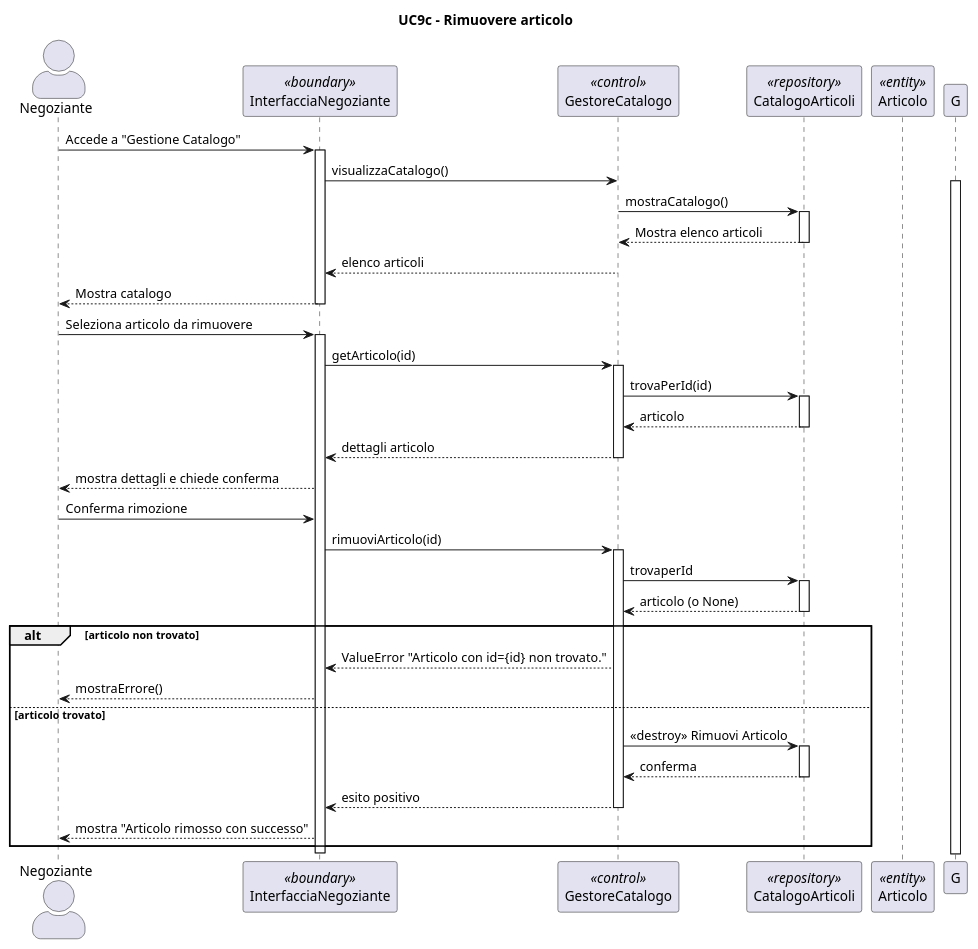
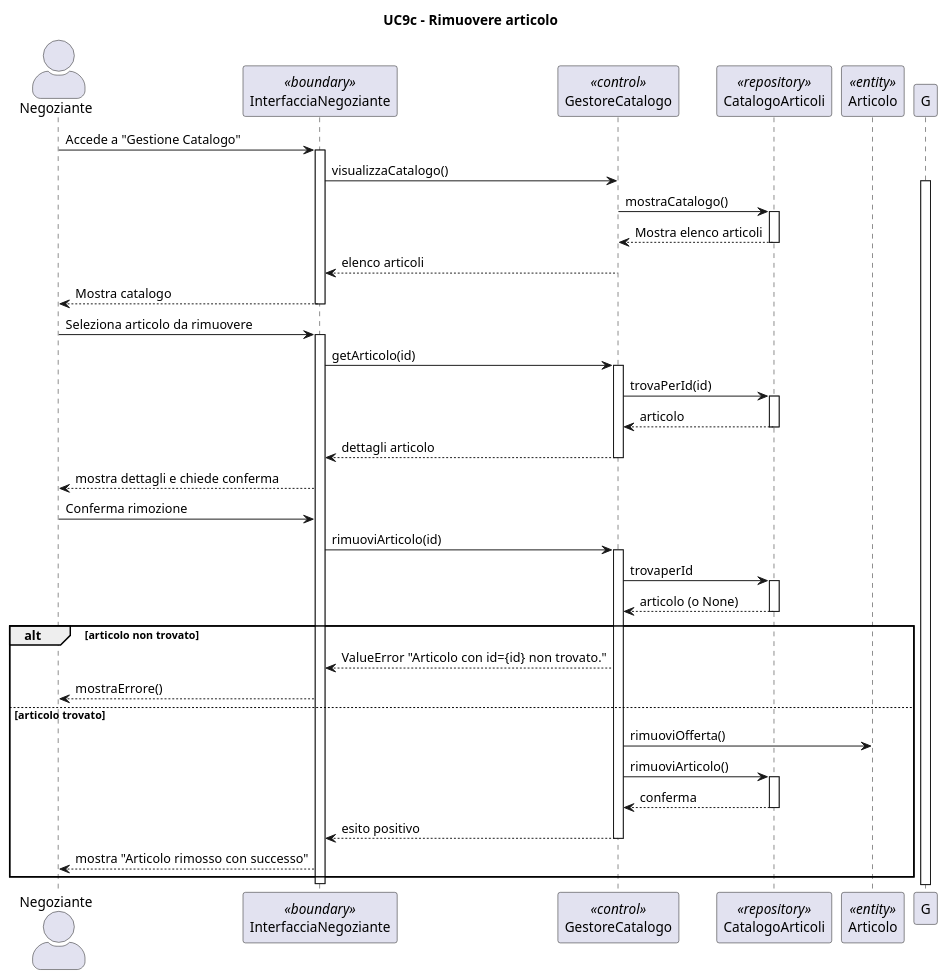
One commit to Samepsilon/FloWare changed the diagram in diagrammiUML/diagrammi di sequenza/UC9c_Rimuovere_Articolo.puml. Above: the diagram before and after it, drawn with PlantUML. The commit also changed 11 other files, not shown here.

```diff
--- a/diagrammiUML/diagrammi di sequenza/UC9c_Rimuovere_Articolo.puml
+++ b/diagrammiUML/diagrammi di sequenza/UC9c_Rimuovere_Articolo.puml
@@ -1,59 +1,60 @@
 @startuml
 title UC9c - Rimuovere articolo
 skinparam actorStyle awesome
 
 actor "Negoziante" as N
 participant "InterfacciaNegoziante" as IN <<boundary>>
 participant "GestoreCatalogo" as GC <<control>>
 participant "CatalogoArticoli" as CA <<repository>>
 participant "Articolo" as A <<entity>>
 
 N -> IN: Accede a "Gestione Catalogo"
 activate IN
 IN -> GC: visualizzaCatalogo()
 activate G
 GC -> CA: mostraCatalogo()
 activate CA
 CA --> GC: Mostra elenco articoli 
 deactivate CA
 GC --> IN: elenco articoli
 IN --> N: Mostra catalogo
 deactivate GC
 deactivate IN
 N -> IN: Seleziona articolo da rimuovere
 activate IN
 IN -> GC: getArticolo(id)
 activate GC
 GC -> CA: trovaPerId(id)
 activate CA
 CA --> GC: articolo
 deactivate CA
 GC --> IN: dettagli articolo
 deactivate GC
 IN --> N: mostra dettagli e chiede conferma
 
 N -> IN: Conferma rimozione
 IN -> GC: rimuoviArticolo(id)
 activate GC
 
 GC -> CA: trovaperId
 activate CA
 CA --> GC: articolo (o None)
 deactivate CA
 
 alt articolo non trovato
     GC --> IN: ValueError "Articolo con id={id} non trovato."
     IN --> N: mostraErrore()
 else articolo trovato
-    GC -> CA: <<destroy>> Rimuovi Articolo
+    GC -> A: rimuoviOfferta()
+    GC -> CA: rimuoviArticolo()
     activate CA
     CA --> GC: conferma
     deactivate CA
 
     GC --> IN: esito positivo
     deactivate GC
     IN --> N: mostra "Articolo rimosso con successo"
 end
 
 deactivate IN
 @enduml
```
